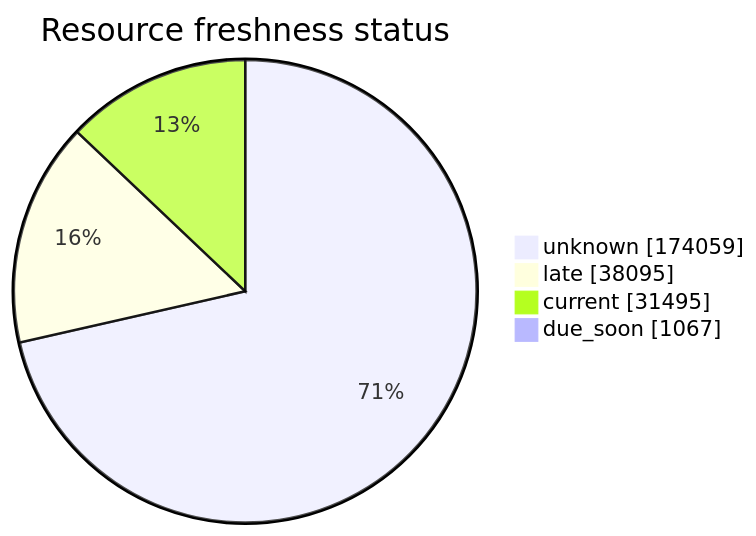
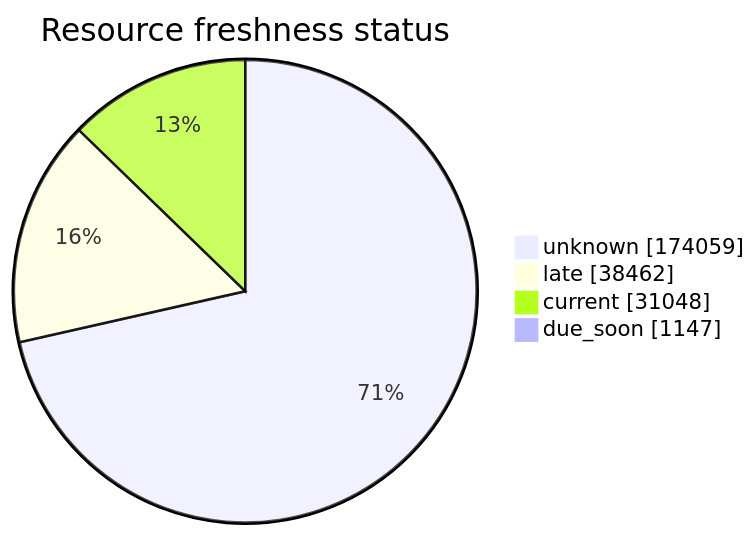
Before and after one commit to open-data/analytics-corporate-reporting: the third of 5 diagrams in FreshCheck/README.md, drawn with Mermaid. The commit also changed other lines of this file and 3 other files, not shown here.

````diff
--- a/FreshCheck/README.md
+++ b/FreshCheck/README.md
@@ -77,7 +77,7 @@
 ```mermaid
 pie showData title Resource freshness status
     "unknown": 174059
-    "late": 38095
-    "current": 31495
-    "due_soon": 1067
+    "late": 38462
+    "current": 31048
+    "due_soon": 1147
 ```
````
